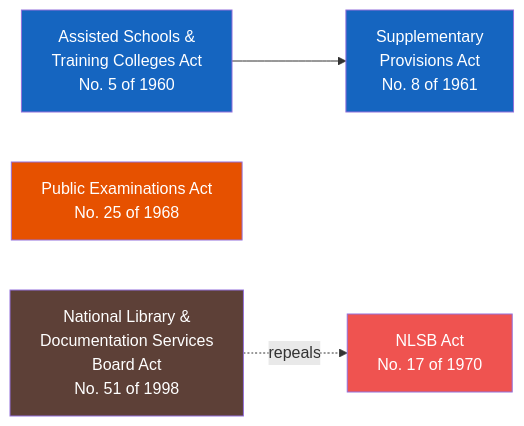
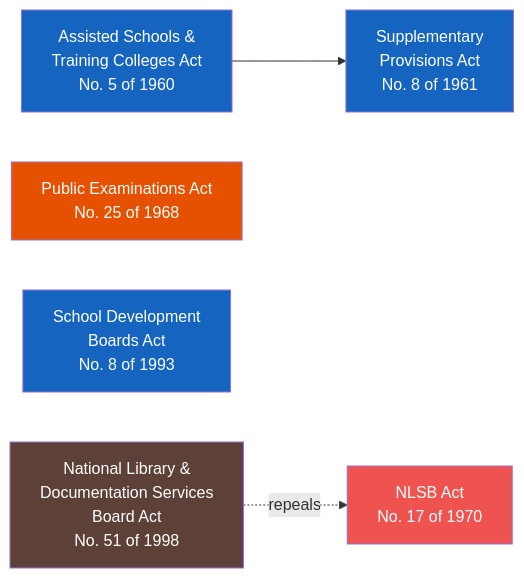
Before and after one commit to LDFLK/research: the diagram in docs/docs/ministry-deep-dive/education/act-lineage/index.md, drawn with Mermaid. The commit also changed other lines of this file and 9 other files, not shown here.

First line of the commit message:
feat: add School Development Boards Act deep dive (Education Ministry)

````diff
--- a/docs/docs/ministry-deep-dive/education/act-lineage/index.md
+++ b/docs/docs/ministry-deep-dive/education/act-lineage/index.md
@@ -12,17 +12,20 @@
 ```mermaid
 flowchart LR
     ASA["Assisted Schools &<br/>Training Colleges Act<br/>No. 5 of 1960"] --> SUP["Supplementary<br/>Provisions Act<br/>No. 8 of 1961"]
     PEA["Public Examinations Act<br/>No. 25 of 1968"]
+    SDB["School Development<br/>Boards Act<br/>No. 8 of 1993"]
     NLA["National Library &<br/>Documentation Services<br/>Board Act<br/>No. 51 of 1998"] -.->|"repeals"| OLD["NLSB Act<br/>No. 17 of 1970"]
 
     click ASA "https://www.lawnet.gov.lk/wp-content/uploads/Law%20Site/4-stats_1956_2006/set1/1960Y0V0C5A.html" "View Act (LawNet)" _blank
     click SUP "https://www.lawnet.gov.lk/wp-content/uploads/Law%20Site/4-stats_1956_2006/set1/1961Y0V0C8A.html" "View Act (LawNet)" _blank
     click PEA "https://www.srilankalaw.lk/revised-statutes/volume-vi/965-public-examinations-act.html" "View Act (srilankalaw.lk)" _blank
+    click SDB "http://www.commonlii.org/lk/legis/num_act/sdba8o1993306/" "View Act (CommonLII)" _blank
     click NLA "http://www.natlib.lk/pdf/51of1998E.pdf" "View Act (natlib.lk)" _blank
 
     style ASA fill:#1565C0,color:#fff
     style SUP fill:#1565C0,color:#fff
     style PEA fill:#E65100,color:#fff
+    style SDB fill:#1565C0,color:#fff
     style NLA fill:#5D4037,color:#fff
     style OLD fill:#EF5350,color:#fff
 ```
````
